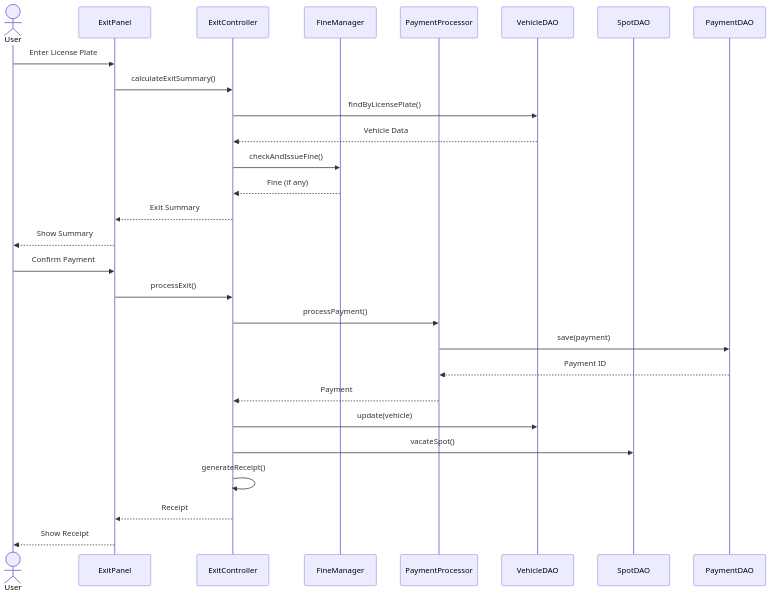
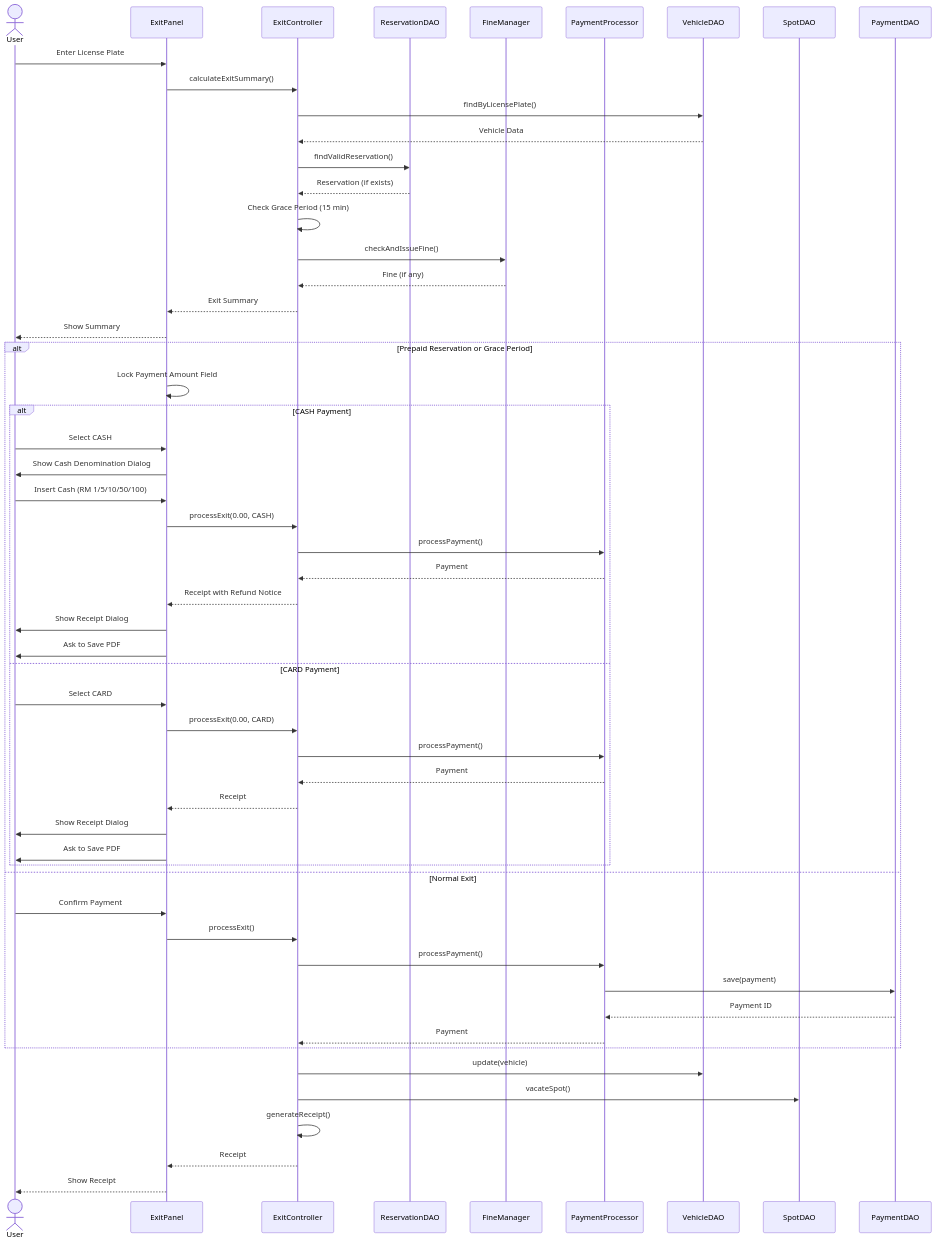
The tenth of 22 diagrams in UML_DIAGRAMS.md (Jinyuanmak/OOAD-Assignment), drawn with Mermaid before and after one commit. The commit also changed other lines of this file and 1 other file, not shown here.

````diff
--- a/UML_DIAGRAMS.md
+++ b/UML_DIAGRAMS.md
@@ -563,32 +613,60 @@
 ```mermaid
 sequenceDiagram
     actor User
     participant ExitPanel
     participant ExitController
+    participant ReservationDAO
     participant FineManager
     participant PaymentProcessor
     participant VehicleDAO
     participant SpotDAO
     participant PaymentDAO
     
     User->>ExitPanel: Enter License Plate
     ExitPanel->>ExitController: calculateExitSummary()
     ExitController->>VehicleDAO: findByLicensePlate()
     VehicleDAO-->>ExitController: Vehicle Data
+    ExitController->>ReservationDAO: findValidReservation()
+    ReservationDAO-->>ExitController: Reservation (if exists)
+    ExitController->>ExitController: Check Grace Period (15 min)
     ExitController->>FineManager: checkAndIssueFine()
     FineManager-->>ExitController: Fine (if any)
     ExitController-->>ExitPanel: Exit Summary
     ExitPanel-->>User: Show Summary
     
-    User->>ExitPanel: Confirm Payment
-    ExitPanel->>ExitController: processExit()
-    ExitController->>PaymentProcessor: processPayment()
-    PaymentProcessor->>PaymentDAO: save(payment)
-    PaymentDAO-->>PaymentProcessor: Payment ID
-    PaymentProcessor-->>ExitController: Payment
+    alt Prepaid Reservation or Grace Period
+        ExitPanel->>ExitPanel: Lock Payment Amount Field
+        alt CASH Payment
+            User->>ExitPanel: Select CASH
+            ExitPanel->>User: Show Cash Denomination Dialog
+            User->>ExitPanel: Insert Cash (RM 1/5/10/50/100)
+            ExitPanel->>ExitController: processExit(0.00, CASH)
+            ExitController->>PaymentProcessor: processPayment()
+            PaymentProcessor-->>ExitController: Payment
+            ExitController-->>ExitPanel: Receipt with Refund Notice
+            ExitPanel->>User: Show Receipt Dialog
+            ExitPanel->>User: Ask to Save PDF
+        else CARD Payment
+            User->>ExitPanel: Select CARD
+            ExitPanel->>ExitController: processExit(0.00, CARD)
+            ExitController->>PaymentProcessor: processPayment()
+            PaymentProcessor-->>ExitController: Payment
+            ExitController-->>ExitPanel: Receipt
+            ExitPanel->>User: Show Receipt Dialog
+            ExitPanel->>User: Ask to Save PDF
+        end
+    else Normal Exit
+        User->>ExitPanel: Confirm Payment
+        ExitPanel->>ExitController: processExit()
+        ExitController->>PaymentProcessor: processPayment()
+        PaymentProcessor->>PaymentDAO: save(payment)
+        PaymentDAO-->>PaymentProcessor: Payment ID
+        PaymentProcessor-->>ExitController: Payment
+    end
+    
     ExitController->>VehicleDAO: update(vehicle)
     ExitController->>SpotDAO: vacateSpot()
     ExitController->>ExitController: generateReceipt()
     ExitController-->>ExitPanel: Receipt
     ExitPanel-->>User: Show Receipt
 ```
````
